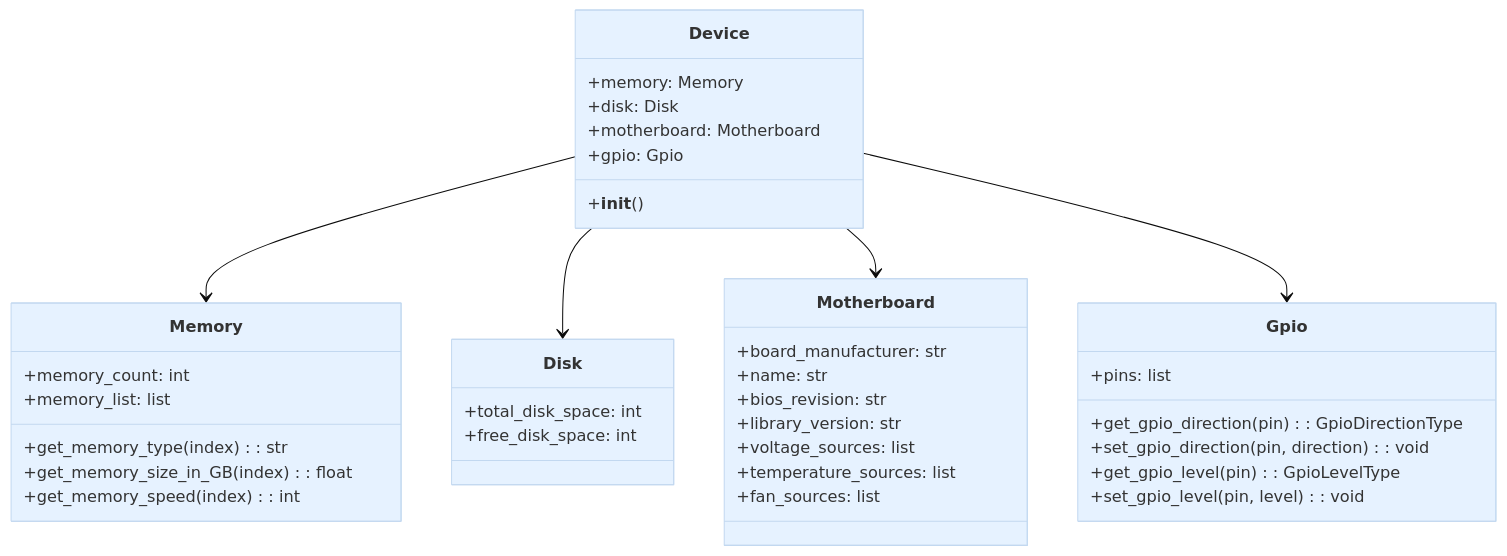
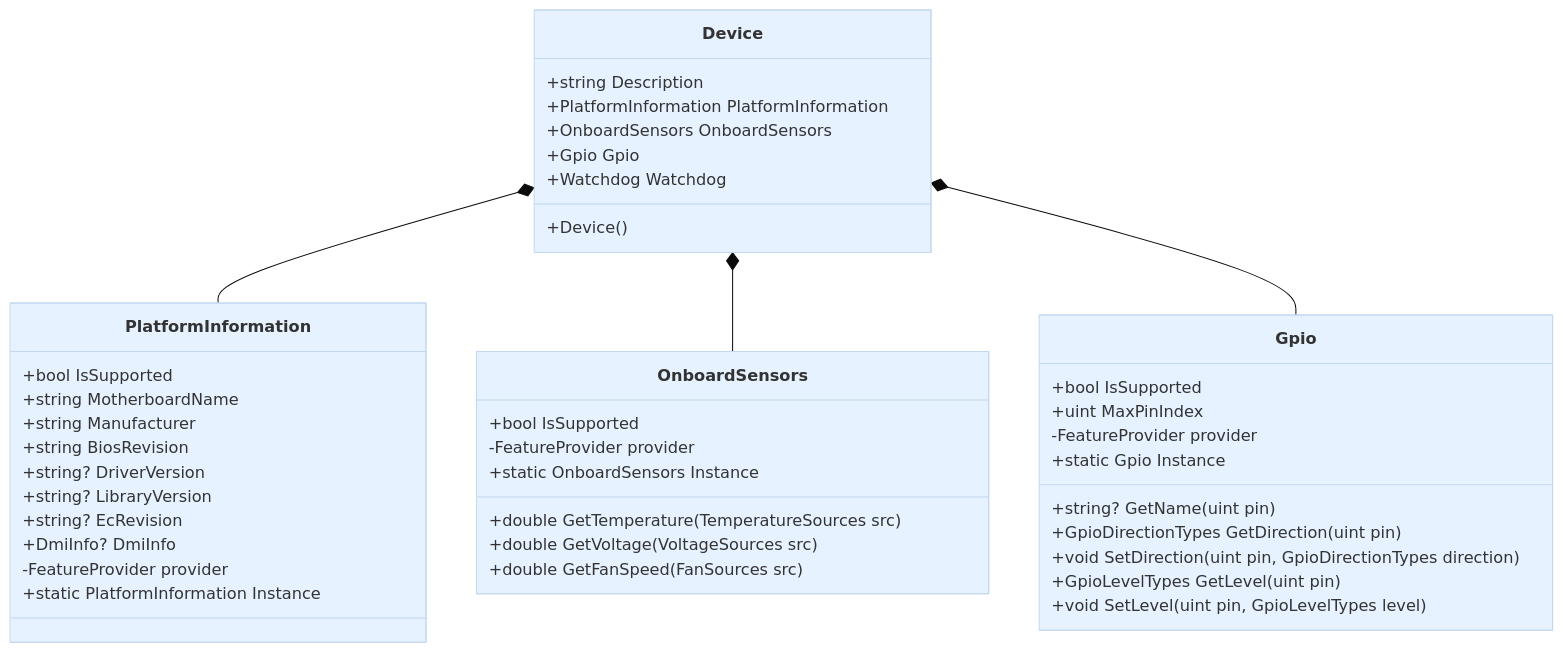
One commit to kkman021/LearnPortal changed the diagram in EdgeSync/library/Device.md. Above: the diagram before and after it, drawn with Mermaid. The commit also changed other lines of this file and 150 other files, not shown here.

````diff
--- a/EdgeSync/library/Device.md
+++ b/EdgeSync/library/Device.md
@@ -38,43 +30,52 @@
 ```mermaid
 %%{init: {'theme': 'base', 'themeVariables': { 'primaryColor': '#e6f2ff', 'secondaryColor': '#ffffff', 'tertiaryColor': '#f0f5ff', 'clusterBkg': '#ffffff', 'subGraphBkg': '#ffffff' }}}%%
+
 classDiagram
     class Device {
-        +memory: Memory
-        +disk: Disk
-        +motherboard: Motherboard
-        +gpio: Gpio
-        +__init__()
+        +string Description
+        +PlatformInformation PlatformInformation
+        +OnboardSensors OnboardSensors
+        +Gpio Gpio
+        +Watchdog Watchdog
+        +Device()
     }
-    class Memory {
-        +memory_count: int
-        +get_memory_type(index): str
-        +get_memory_size_in_GB(index): float
-        +get_memory_speed(index): int
-        +memory_list: list
+    
+    class PlatformInformation {
+        +bool IsSupported
+        +string MotherboardName
+        +string Manufacturer
+        +string BiosRevision
+        +string? DriverVersion
+        +string? LibraryVersion
+        +string? EcRevision
+        +DmiInfo? DmiInfo
+        -FeatureProvider provider
+        +static PlatformInformation Instance
     }
-    class Disk {
-        +total_disk_space: int
-        +free_disk_space: int
+    
+    class OnboardSensors {
+        +bool IsSupported
+        -FeatureProvider provider
+        +static OnboardSensors Instance
+        +double GetTemperature(TemperatureSources src)
+        +double GetVoltage(VoltageSources src)
+        +double GetFanSpeed(FanSources src)
     }
-    class Motherboard {
-        +board_manufacturer: str
-        +name: str
-        +bios_revision: str
-        +library_version: str
-        +voltage_sources: list
-        +temperature_sources: list
-        +fan_sources: list
+    
+    class Gpio {
+        +bool IsSupported
+        +uint MaxPinIndex
+        -FeatureProvider provider
+        +static Gpio Instance
+        +string? GetName(uint pin)
+        +GpioDirectionTypes GetDirection(uint pin)
+        +void SetDirection(uint pin, GpioDirectionTypes direction)
+        +GpioLevelTypes GetLevel(uint pin)
+        +void SetLevel(uint pin, GpioLevelTypes level)
     }
-    class Gpio {
-        +pins: list
-        +get_gpio_direction(pin): GpioDirectionType
-        +set_gpio_direction(pin, direction): void
-        +get_gpio_level(pin): GpioLevelType
-        +set_gpio_level(pin, level): void
-    }
-
-    Device --> Memory
-    Device --> Disk
-    Device --> Motherboard
-    Device --> Gpio
+    
+    Device *-- PlatformInformation
+    Device *-- OnboardSensors
+    Device *-- Gpio
+    
 ```
````
